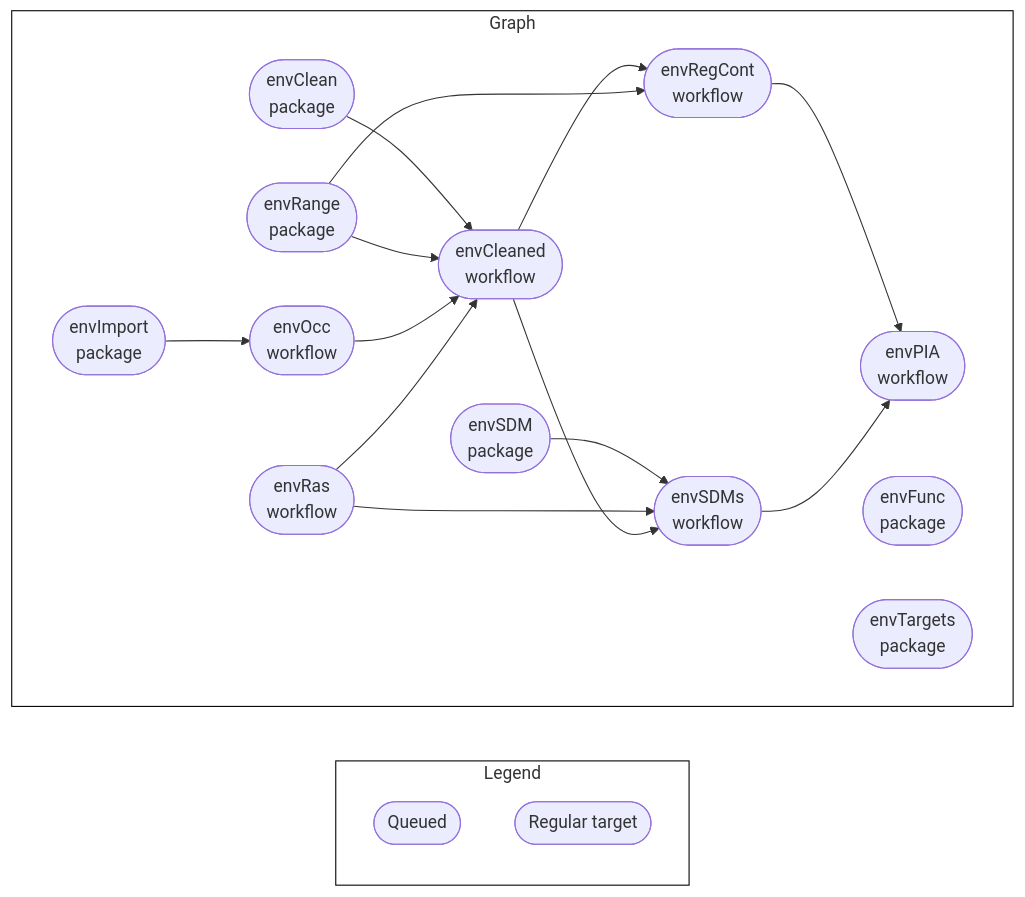
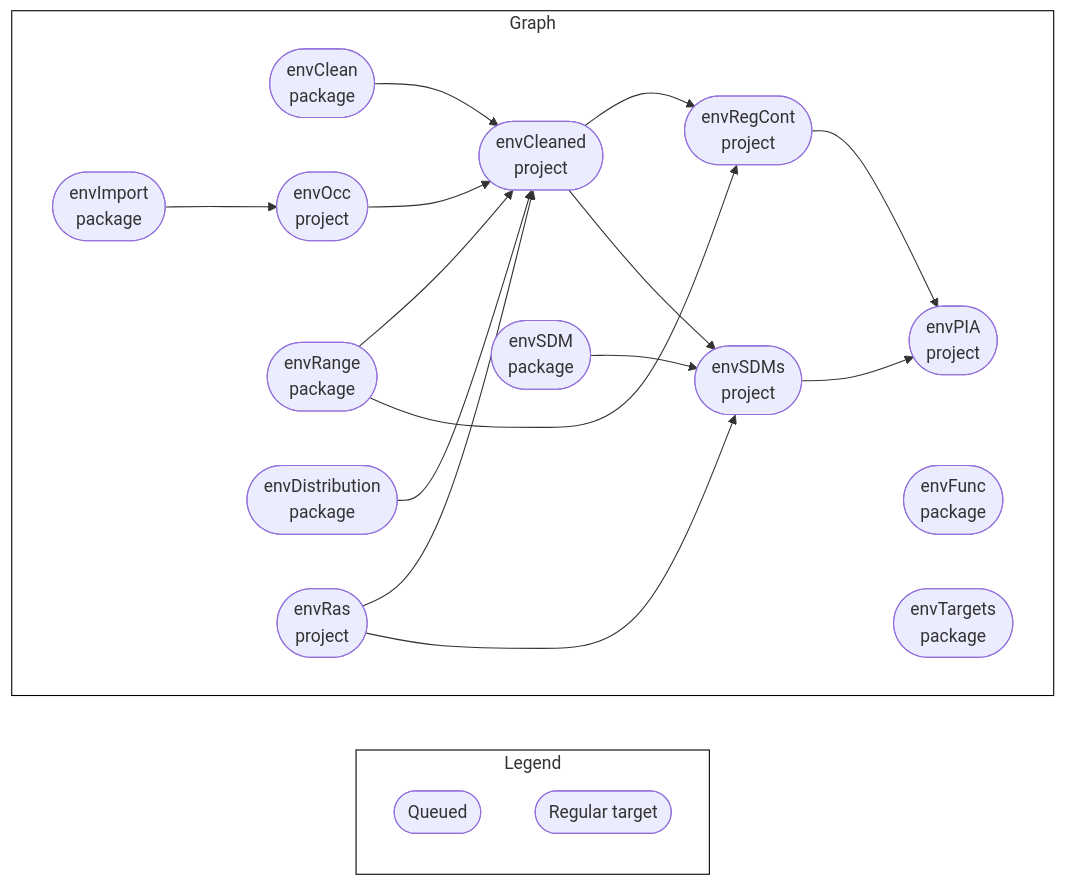
Before and after one commit to dew-landscapes/.github: the diagram in profile/README.md, drawn with Mermaid. The commit also changed other lines of this file and 2 other files, not shown here.

````diff
--- a/profile/README.md
+++ b/profile/README.md
@@ -42,26 +45,27 @@
 ``` mermaid
 graph LR
   style Legend fill:#FFFFFF00,stroke:#000000;
   style Graph fill:#FFFFFF00,stroke:#000000;
   subgraph Legend
     xa3883d8216f2b511(["Queued"]):::queued
     xd03d7c7dd2ddda2b(["Regular target"]):::none
   end
   subgraph Graph
     direction LR
-    x199e33ac94c360fd(["envClean<br>package"]):::queued --> x4e1f08a5bd05b882(["envCleaned<br>workflow"]):::queued
-    x4f41d9ef8b70ed0e(["envRange<br>package"]):::queued --> x4e1f08a5bd05b882(["envCleaned<br>workflow"]):::queued
-    x9d3addc2d3c28cb0(["envOcc<br>workflow"]):::queued --> x4e1f08a5bd05b882(["envCleaned<br>workflow"]):::queued
-    x67b5feaf09e4d0ca(["envRas<br>workflow"]):::queued --> x4e1f08a5bd05b882(["envCleaned<br>workflow"]):::queued
-    xa419b1871c902a02(["envImport<br>package"]):::queued --> x9d3addc2d3c28cb0(["envOcc<br>workflow"]):::queued
-    x5499a04bf3778295(["envRegCont<br>workflow"]):::queued --> x2cb0f2dc918c8a98(["envPIA<br>workflow"]):::queued
-    xc1054dd4c63b18e0(["envSDMs<br>workflow"]):::queued --> x2cb0f2dc918c8a98(["envPIA<br>workflow"]):::queued
-    x4e1f08a5bd05b882(["envCleaned<br>workflow"]):::queued --> x5499a04bf3778295(["envRegCont<br>workflow"]):::queued
-    x4f41d9ef8b70ed0e(["envRange<br>package"]):::queued --> x5499a04bf3778295(["envRegCont<br>workflow"]):::queued
-    x07cddf360e9b199e(["envSDM<br>package"]):::queued --> xc1054dd4c63b18e0(["envSDMs<br>workflow"]):::queued
-    x67b5feaf09e4d0ca(["envRas<br>workflow"]):::queued --> xc1054dd4c63b18e0(["envSDMs<br>workflow"]):::queued
-    x4e1f08a5bd05b882(["envCleaned<br>workflow"]):::queued --> xc1054dd4c63b18e0(["envSDMs<br>workflow"]):::queued
+    x199e33ac94c360fd(["envClean<br>package"]):::queued --> x4e1f08a5bd05b882(["envCleaned<br>project"]):::queued
+    x9d3addc2d3c28cb0(["envOcc<br>project"]):::queued --> x4e1f08a5bd05b882(["envCleaned<br>project"]):::queued
+    x4f41d9ef8b70ed0e(["envRange<br>package"]):::queued --> x4e1f08a5bd05b882(["envCleaned<br>project"]):::queued
+    xb53407deaf8a50f7(["envDistribution<br>package"]):::queued --> x4e1f08a5bd05b882(["envCleaned<br>project"]):::queued
+    x67b5feaf09e4d0ca(["envRas<br>project"]):::queued --> x4e1f08a5bd05b882(["envCleaned<br>project"]):::queued
+    xa419b1871c902a02(["envImport<br>package"]):::queued --> x9d3addc2d3c28cb0(["envOcc<br>project"]):::queued
+    x5499a04bf3778295(["envRegCont<br>project"]):::queued --> x2cb0f2dc918c8a98(["envPIA<br>project"]):::queued
+    xc1054dd4c63b18e0(["envSDMs<br>project"]):::queued --> x2cb0f2dc918c8a98(["envPIA<br>project"]):::queued
+    x4e1f08a5bd05b882(["envCleaned<br>project"]):::queued --> x5499a04bf3778295(["envRegCont<br>project"]):::queued
+    x4f41d9ef8b70ed0e(["envRange<br>package"]):::queued --> x5499a04bf3778295(["envRegCont<br>project"]):::queued
+    x67b5feaf09e4d0ca(["envRas<br>project"]):::queued --> xc1054dd4c63b18e0(["envSDMs<br>project"]):::queued
+    x07cddf360e9b199e(["envSDM<br>package"]):::queued --> xc1054dd4c63b18e0(["envSDMs<br>project"]):::queued
+    x4e1f08a5bd05b882(["envCleaned<br>project"]):::queued --> xc1054dd4c63b18e0(["envSDMs<br>project"]):::queued
     x6832f874a98057bb(["envFunc<br>package"]):::queued
     xb03046fba8fa1b84(["envTargets<br>package"]):::queued
   end
 ```
````
